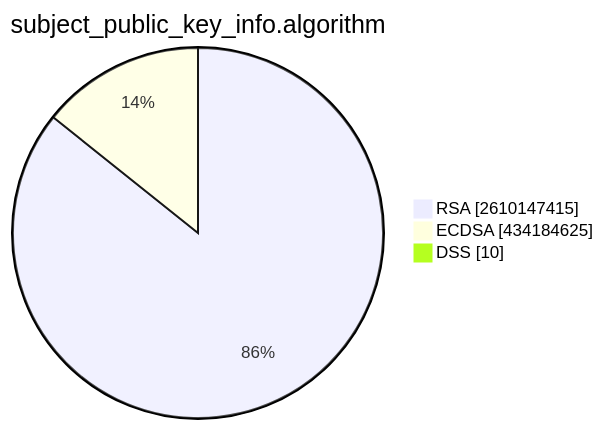
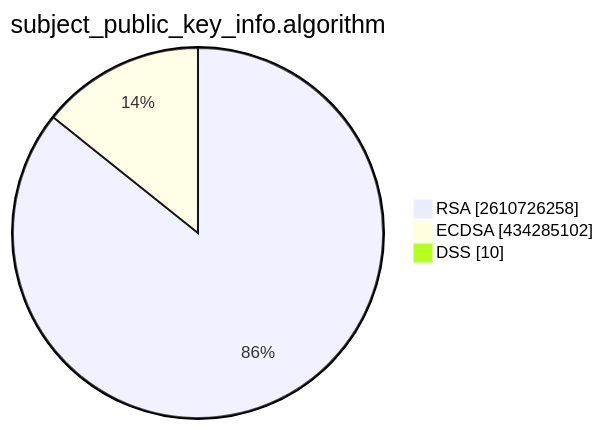
One commit to christiankrug/ctmonitor_visualization changed the second of 15 diagrams in TOTAL/README.md. Above: the diagram before and after it, drawn with Mermaid. The commit also changed other lines of this file, not shown here.

````diff
--- a/TOTAL/README.md
+++ b/TOTAL/README.md
@@ -6,7 +6,7 @@
 ```mermaid
 pie showData
 title subject_public_key_info.algorithm
-"RSA" :2610147415
-"ECDSA" :434184625
+"RSA" :2610726258
+"ECDSA" :434285102
 "DSS" :10
 ```
````
